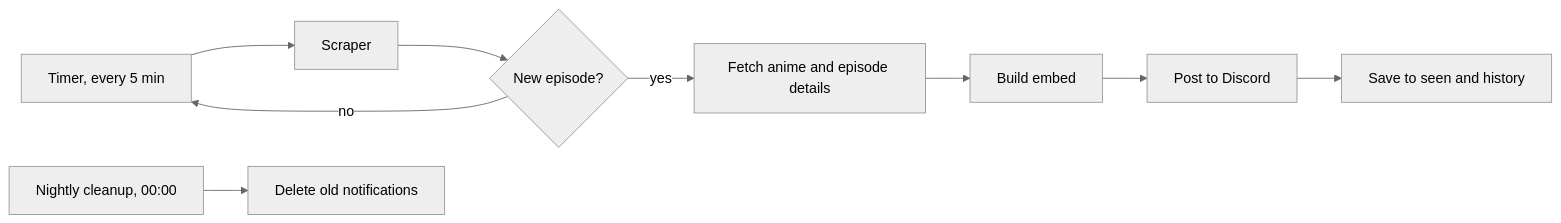
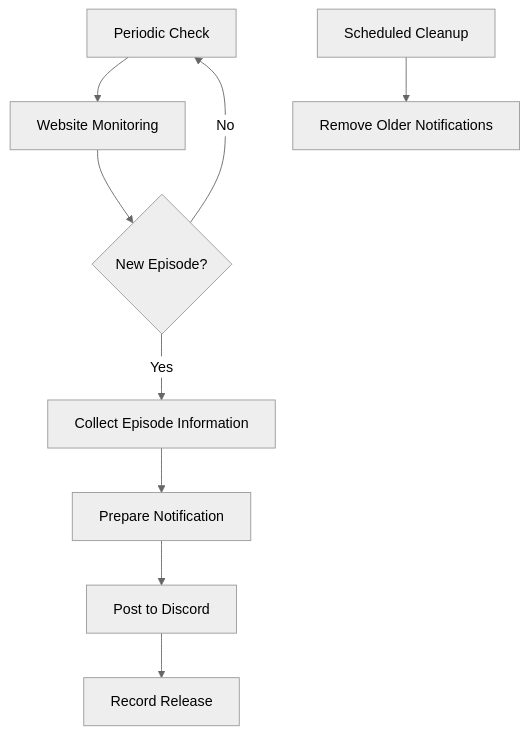
The first of 2 diagrams in README.md (wezlem/Leosubs-Bot), drawn with Mermaid (neutral theme) before and after one commit. The commit also changed other lines of this file, not shown here.

````diff
--- a/README.md
+++ b/README.md
@@ -21,11 +25,12 @@
 ```mermaid
-flowchart LR
-    A[Timer, every 5 min] --> B[Scraper]
-    B --> C{New episode?}
-    C -- no --> A
-    C -- yes --> D[Fetch anime and episode details]
-    D --> E[Build embed]
+flowchart TD
+    A[Periodic Check] --> B[Website Monitoring]
+    B --> C{New Episode?}
+    C -- No --> A
+    C -- Yes --> D[Collect Episode Information]
+    D --> E[Prepare Notification]
     E --> F[Post to Discord]
-    F --> G[Save to seen and history]
-    H[Nightly cleanup, 00:00] --> I[Delete old notifications]
+    F --> G[Record Release]
+
+    H[Scheduled Cleanup] --> I[Remove Older Notifications]
 ```
````
